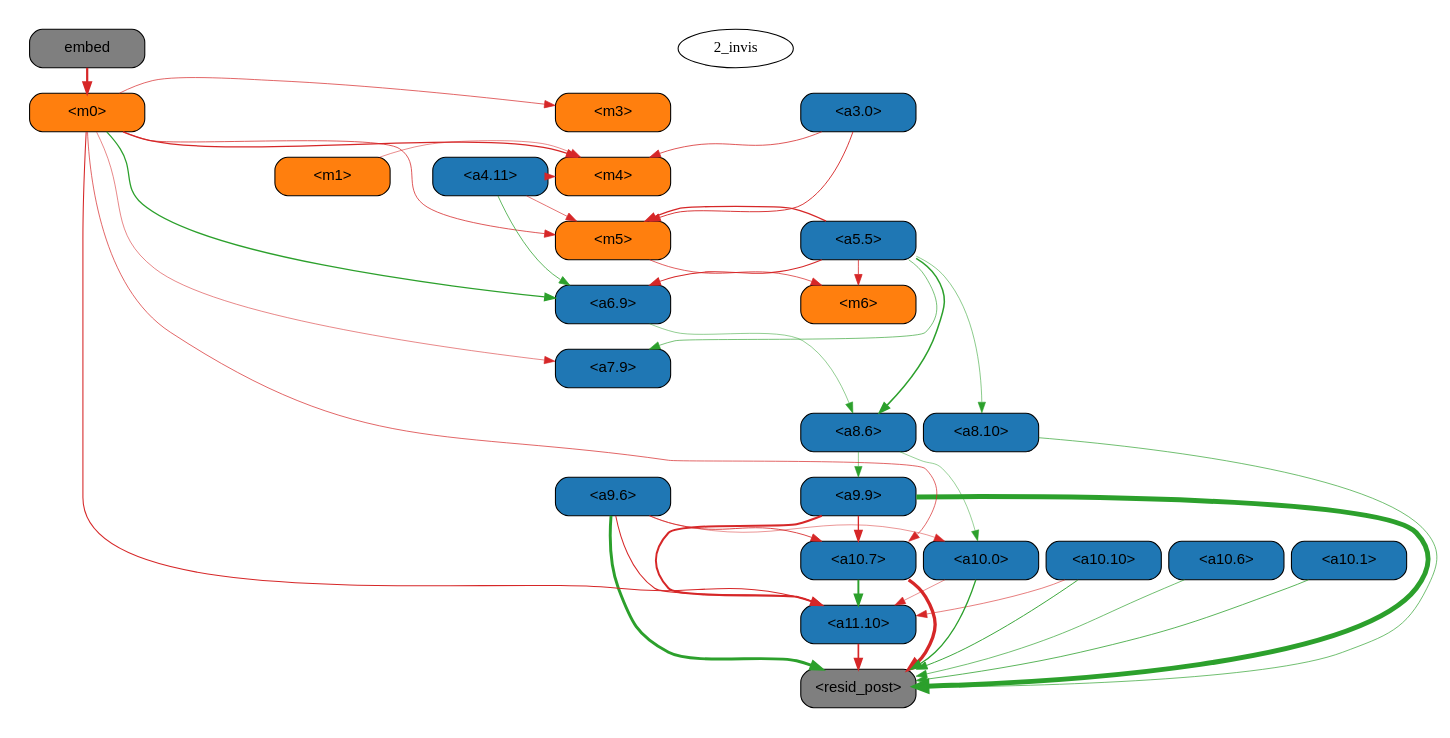
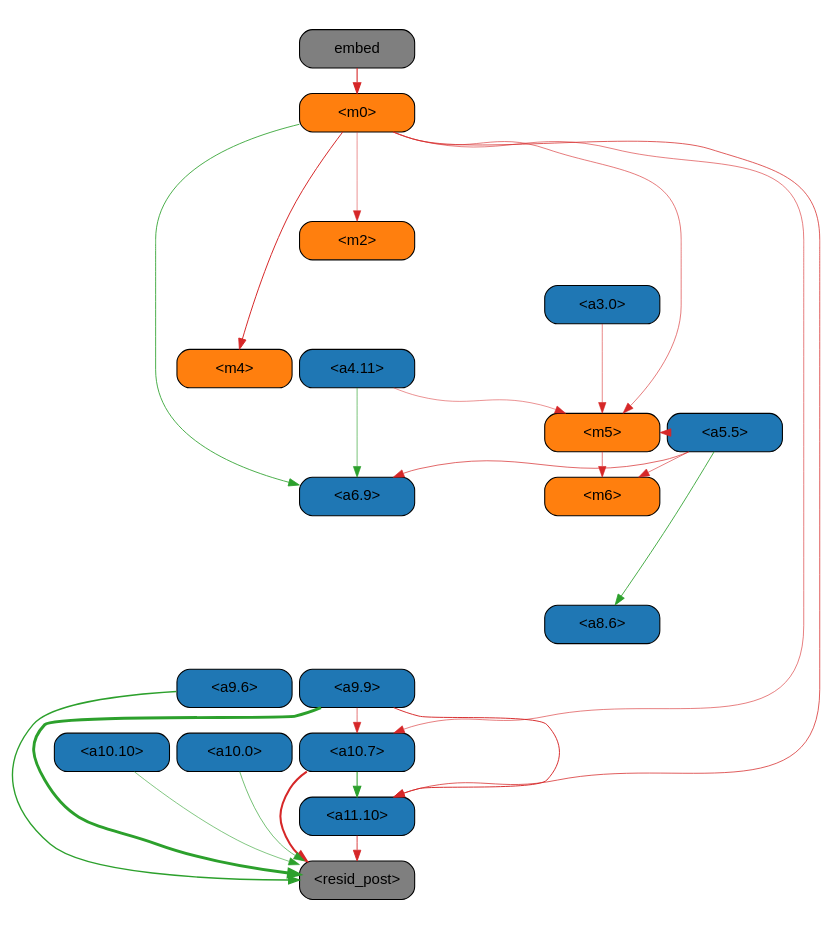
The diagram in acdcpp/ioi_task/ims/abs_edge/thresh0.15_before_acdc.gv (magikarp01/mechanistic-unlearning), drawn with Graphviz before and after one commit. The commit also changed 9 other files, not shown here.

```diff
--- a/acdcpp/ioi_task/ims/abs_edge/thresh0.15_before_acdc.gv
+++ b/acdcpp/ioi_task/ims/abs_edge/thresh0.15_before_acdc.gv
@@ -7,54 +7,17 @@
 		height=.5,
 		width=1.5
 	];
-	subgraph cluster_6 {
-		graph [color=invis,
-			rank=same
-		];
-		"6_invis"	[style=invis];
-		"<a6.9>"	[color=black,
-			fillcolor="#1f77b4",
-			fontname=Helvetica,
-			shape=box,
-			style="filled, rounded"];
-		"<m6>"	[color=black,
-			fillcolor="#ff7f0e",
-			fontname=Helvetica,
-			shape=box,
-			style="filled, rounded"];
-	}
-	subgraph "cluster_-1" {
-		graph [color=invis,
-			rank=same
-		];
-		"-1_invis"	[style=invis];
-		embed	[color=black,
-			fillcolor="#7f7f7f",
-			fontname=Helvetica,
-			shape=box,
-			style="filled, rounded"];
-	}
-	subgraph cluster_11 {
-		graph [color=invis,
-			rank=same
-		];
-		"11_invis"	[style=invis];
-		"<a11.10>"	[color=black,
-			fillcolor="#1f77b4",
-			fontname=Helvetica,
-			shape=box,
-			style="filled, rounded"];
-	}
 	subgraph cluster_7 {
 		graph [color=invis,
 			rank=same
 		];
 		"7_invis"	[style=invis];
-		"<a7.9>"	[color=black,
-			fillcolor="#1f77b4",
-			fontname=Helvetica,
-			shape=box,
-			style="filled, rounded"];
+	}
+	subgraph cluster_1 {
+		graph [color=invis,
+			rank=same
+		];
+		"1_invis"	[style=invis];
 	}
 	subgraph cluster_9 {
 		graph [color=invis,
@@ -72,17 +35,44 @@
 			shape=box,
 			style="filled, rounded"];
 	}
-	subgraph cluster_8 {
+	subgraph cluster_0 {
 		graph [color=invis,
 			rank=same
 		];
-		"8_invis"	[style=invis];
-		"<a8.10>"	[color=black,
+		"0_invis"	[style=invis];
+		"<m0>"	[color=black,
+			fillcolor="#ff7f0e",
+			fontname=Helvetica,
+			shape=box,
+			style="filled, rounded"];
+	}
+	subgraph cluster_5 {
+		graph [color=invis,
+			rank=same
+		];
+		"5_invis"	[style=invis];
+		"<a5.5>"	[color=black,
 			fillcolor="#1f77b4",
 			fontname=Helvetica,
 			shape=box,
 			style="filled, rounded"];
-		"<a8.6>"	[color=black,
+		"<m5>"	[color=black,
+			fillcolor="#ff7f0e",
+			fontname=Helvetica,
+			shape=box,
+			style="filled, rounded"];
+	}
+	subgraph cluster_6 {
+		graph [color=invis,
+			rank=same
+		];
+		"6_invis"	[style=invis];
+		"<m6>"	[color=black,
+			fillcolor="#ff7f0e",
+			fontname=Helvetica,
+			shape=box,
+			style="filled, rounded"];
+		"<a6.9>"	[color=black,
 			fillcolor="#1f77b4",
 			fontname=Helvetica,
 			shape=box,
@@ -99,40 +89,13 @@
 			shape=box,
 			style="filled, rounded"];
 	}
-	subgraph cluster_3 {
+	subgraph "cluster_-1" {
 		graph [color=invis,
 			rank=same
 		];
-		"3_invis"	[style=invis];
-		"<a3.0>"	[color=black,
-			fillcolor="#1f77b4",
-			fontname=Helvetica,
-			shape=box,
-			style="filled, rounded"];
-		"<m3>"	[color=black,
-			fillcolor="#ff7f0e",
-			fontname=Helvetica,
-			shape=box,
-			style="filled, rounded"];
-	}
-	subgraph cluster_1 {
-		graph [color=invis,
-			rank=same
-		];
-		"1_invis"	[style=invis];
-		"<m1>"	[color=black,
-			fillcolor="#ff7f0e",
-			fontname=Helvetica,
-			shape=box,
-			style="filled, rounded"];
-	}
-	subgraph cluster_0 {
-		graph [color=invis,
-			rank=same
-		];
-		"0_invis"	[style=invis];
-		"<m0>"	[color=black,
-			fillcolor="#ff7f0e",
+		"-1_invis"	[style=invis];
+		embed	[color=black,
+			fillcolor="#7f7f7f",
 			fontname=Helvetica,
 			shape=box,
 			style="filled, rounded"];
@@ -152,17 +115,18 @@
 			fontname=Helvetica,
 			shape=box,
 			style="filled, rounded"];
-		"<a10.6>"	[color=black,
+		"<a10.0>"	[color=black,
 			fillcolor="#1f77b4",
 			fontname=Helvetica,
 			shape=box,
 			style="filled, rounded"];
-		"<a10.1>"	[color=black,
-			fillcolor="#1f77b4",
-			fontname=Helvetica,
-			shape=box,
-			style="filled, rounded"];
-		"<a10.0>"	[color=black,
+	}
+	subgraph cluster_11 {
+		graph [color=invis,
+			rank=same
+		];
+		"11_invis"	[style=invis];
+		"<a11.10>"	[color=black,
 			fillcolor="#1f77b4",
 			fontname=Helvetica,
 			shape=box,
@@ -184,18 +148,35 @@
 			shape=box,
 			style="filled, rounded"];
 	}
-	subgraph cluster_5 {
+	subgraph cluster_3 {
 		graph [color=invis,
 			rank=same
 		];
-		"5_invis"	[style=invis];
-		"<a5.5>"	[color=black,
+		"3_invis"	[style=invis];
+		"<a3.0>"	[color=black,
 			fillcolor="#1f77b4",
 			fontname=Helvetica,
 			shape=box,
 			style="filled, rounded"];
-		"<m5>"	[color=black,
+	}
+	subgraph cluster_2 {
+		graph [color=invis,
+			rank=same
+		];
+		"2_invis"	[style=invis];
+		"<m2>"	[color=black,
 			fillcolor="#ff7f0e",
+			fontname=Helvetica,
+			shape=box,
+			style="filled, rounded"];
+	}
+	subgraph cluster_8 {
+		graph [color=invis,
+			rank=same
+		];
+		"8_invis"	[style=invis];
+		"<a8.6>"	[color=black,
+			fillcolor="#1f77b4",
 			fontname=Helvetica,
 			shape=box,
 			style="filled, rounded"];
@@ -222,170 +203,104 @@
 		weight=1000];
 	"2_invis" -> "3_invis"	[style=invis,
 		weight=1000];
+	"1_invis" -> "2_invis"	[style=invis,
+		weight=1000];
 	"0_invis" -> "1_invis"	[style=invis,
 		weight=1000];
 	"<a11.10>" -> "<resid_post>"	[color="#d62728",
 		minlen=0.5,
-		penwidth=1.5825930833816528,
-		weight=10];
-	"<a10.10>" -> "<a11.10>"	[color="#d62728",
-		minlen=0.5,
-		penwidth=0.5606559813022614,
+		penwidth=0.8239023685455322,
 		weight=10];
 	"<a10.10>" -> "<resid_post>"	[color="#2ca02c",
 		minlen=0.5,
-		penwidth=0.8626594841480255,
+		penwidth=0.5535016357898712,
 		weight=10];
 	"<a10.7>" -> "<a11.10>"	[color="#2ca02c",
 		minlen=0.5,
-		penwidth=1.8107432126998901,
+		penwidth=0.9794479608535767,
 		weight=10];
 	"<a10.7>" -> "<resid_post>"	[color="#d62728",
 		minlen=0.5,
-		penwidth=3.131249785423279,
-		weight=10];
-	"<a10.6>" -> "<resid_post>"	[color="#2ca02c",
-		minlen=0.5,
-		penwidth=0.6310457289218903,
-		weight=10];
-	"<a10.1>" -> "<resid_post>"	[color="#2ca02c",
-		minlen=0.5,
-		penwidth=0.7274635881185532,
-		weight=10];
-	"<a10.0>" -> "<a11.10>"	[color="#d62728",
-		minlen=0.5,
-		penwidth=0.4824739694595337,
+		penwidth=1.9192675352096558,
 		weight=10];
 	"<a10.0>" -> "<resid_post>"	[color="#2ca02c",
 		minlen=0.5,
-		penwidth=1.2222023606300354,
+		penwidth=0.6125486344099045,
 		weight=10];
 	"<a9.9>" -> "<a11.10>"	[color="#d62728",
 		minlen=0.5,
-		penwidth=1.853069543838501,
+		penwidth=0.8935505747795105,
 		weight=10];
 	"<a9.9>" -> "<resid_post>"	[color="#2ca02c",
 		minlen=0.5,
-		penwidth=4.690706491470337,
+		penwidth=2.7265888452529907,
 		weight=10];
 	"<a9.9>" -> "<a10.7>"	[color="#d62728",
 		minlen=0.5,
-		penwidth=1.2427040934562683,
-		weight=10];
-	"<a9.6>" -> "<a11.10>"	[color="#d62728",
-		minlen=0.5,
-		penwidth=0.9467948377132416,
+		penwidth=0.5866371095180511,
 		weight=10];
 	"<a9.6>" -> "<resid_post>"	[color="#2ca02c",
 		minlen=0.5,
-		penwidth=2.7497241497039795,
-		weight=10];
-	"<a9.6>" -> "<a10.7>"	[color="#d62728",
-		minlen=0.5,
-		penwidth=0.7953741252422333,
-		weight=10];
-	"<a9.6>" -> "<a10.0>"	[color="#d62728",
-		minlen=0.5,
-		penwidth=0.4641055762767792,
-		weight=10];
-	"<a8.10>" -> "<resid_post>"	[color="#2ca02c",
-		minlen=0.5,
-		penwidth=0.6318946480751038,
+		penwidth=1.2909940481185913,
 		weight=10];
 	"<m0>" -> "<a11.10>"	[color="#d62728",
 		minlen=0.5,
-		penwidth=0.9978741109371185,
+		penwidth=0.7029306292533875,
 		weight=10];
 	"<m0>" -> "<a10.7>"	[color="#d62728",
 		minlen=0.5,
-		penwidth=0.6646078079938889,
+		penwidth=0.5544009804725647,
+		weight=10];
+	"<m0>" -> "<m5>"	[color="#d62728",
+		minlen=0.5,
+		penwidth=0.5722399055957794,
 		weight=10];
 	"<m0>" -> "<a6.9>"	[color="#2ca02c",
 		minlen=0.5,
-		penwidth=1.2041412591934204,
-		weight=10];
-	"<m0>" -> "<a7.9>"	[color="#d62728",
-		minlen=0.5,
-		penwidth=0.5246931463479996,
-		weight=10];
-	"<m0>" -> "<m5>"	[color="#d62728",
-		minlen=0.5,
-		penwidth=0.7193899601697922,
+		penwidth=0.7949736714363098,
 		weight=10];
 	"<m0>" -> "<m4>"	[color="#d62728",
 		minlen=0.5,
-		penwidth=1.1780669689178467,
+		penwidth=0.927332729101181,
 		weight=10];
-	"<m0>" -> "<m3>"	[color="#d62728",
+	"<m0>" -> "<m2>"	[color="#d62728",
 		minlen=0.5,
-		penwidth=0.6635952293872833,
-		weight=10];
-	"<a8.6>" -> "<a10.0>"	[color="#2ca02c",
-		minlen=0.5,
-		penwidth=0.45996107161045074,
-		weight=10];
-	"<a8.6>" -> "<a9.9>"	[color="#2ca02c",
-		minlen=0.5,
-		penwidth=0.4799826443195343,
-		weight=10];
-	"<a5.5>" -> "<a8.10>"	[color="#2ca02c",
-		minlen=0.5,
-		penwidth=0.5228234678506851,
+		penwidth=0.4655391722917557,
 		weight=10];
 	"<a5.5>" -> "<a8.6>"	[color="#2ca02c",
 		minlen=0.5,
-		penwidth=1.408610075712204,
+		penwidth=0.7976143956184387,
+		weight=10];
+	"<a5.5>" -> "<m5>"	[color="#d62728",
+		minlen=0.5,
+		penwidth=0.7407875955104828,
+		weight=10];
+	"<a5.5>" -> "<m6>"	[color="#d62728",
+		minlen=0.5,
+		penwidth=0.5505520105361938,
 		weight=10];
 	"<a5.5>" -> "<a6.9>"	[color="#d62728",
 		minlen=0.5,
-		penwidth=0.9683430790901184,
-		weight=10];
-	"<a5.5>" -> "<a7.9>"	[color="#2ca02c",
-		minlen=0.5,
-		penwidth=0.6001489609479904,
-		weight=10];
-	"<a5.5>" -> "<m5>"	[color="#d62728",
-		minlen=0.5,
-		penwidth=1.2593151926994324,
-		weight=10];
-	"<a5.5>" -> "<m6>"	[color="#d62728",
-		minlen=0.5,
-		penwidth=0.7410137504339218,
-		weight=10];
-	"<a6.9>" -> "<a8.6>"	[color="#2ca02c",
-		minlen=0.5,
-		penwidth=0.48210275173187256,
+		penwidth=0.6460818350315094,
 		weight=10];
 	"<m5>" -> "<m6>"	[color="#d62728",
 		minlen=0.5,
-		penwidth=0.6870489120483398,
+		penwidth=0.5787927210330963,
+		weight=10];
+	"<a4.11>" -> "<m5>"	[color="#d62728",
+		minlen=0.5,
+		penwidth=0.4667535871267319,
 		weight=10];
 	"<a4.11>" -> "<a6.9>"	[color="#2ca02c",
 		minlen=0.5,
-		penwidth=0.704516664147377,
-		weight=10];
-	"<a4.11>" -> "<m5>"	[color="#d62728",
-		minlen=0.5,
-		penwidth=0.6142972558736801,
-		weight=10];
-	"<a4.11>" -> "<m4>"	[color="#d62728",
-		minlen=0.5,
-		penwidth=0.4727476090192795,
+		penwidth=0.5952064990997314,
 		weight=10];
 	"<a3.0>" -> "<m5>"	[color="#d62728",
 		minlen=0.5,
-		penwidth=0.8649730682373047,
-		weight=10];
-	"<a3.0>" -> "<m4>"	[color="#d62728",
-		minlen=0.5,
-		penwidth=0.7345721125602722,
-		weight=10];
-	"<m1>" -> "<m4>"	[color="#d62728",
-		minlen=0.5,
-		penwidth=0.5003520548343658,
+		penwidth=0.5089140236377716,
 		weight=10];
 	embed -> "<m0>"	[color="#d62728",
 		minlen=0.5,
-		penwidth=2.085775136947632,
+		penwidth=1.0304760932922363,
 		weight=10];
 }
```
